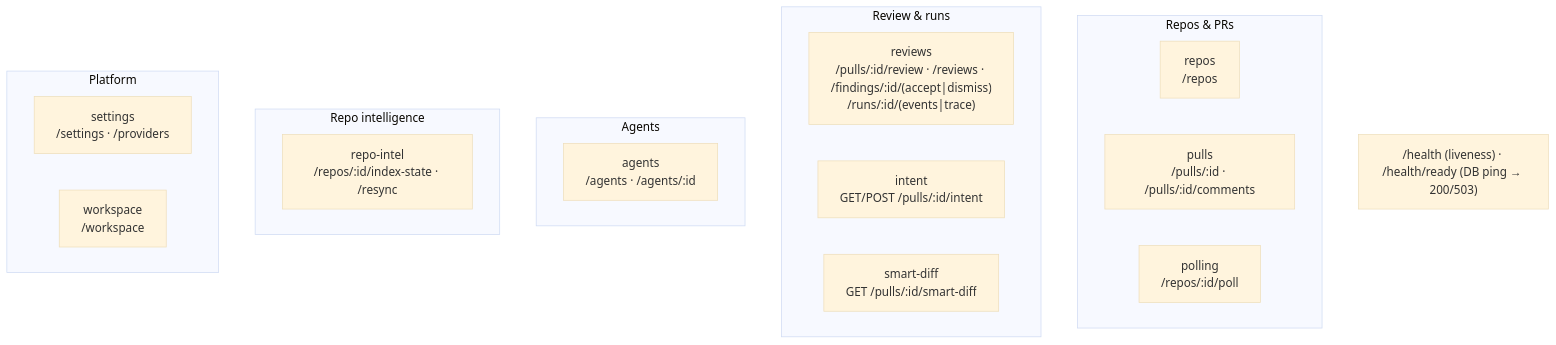
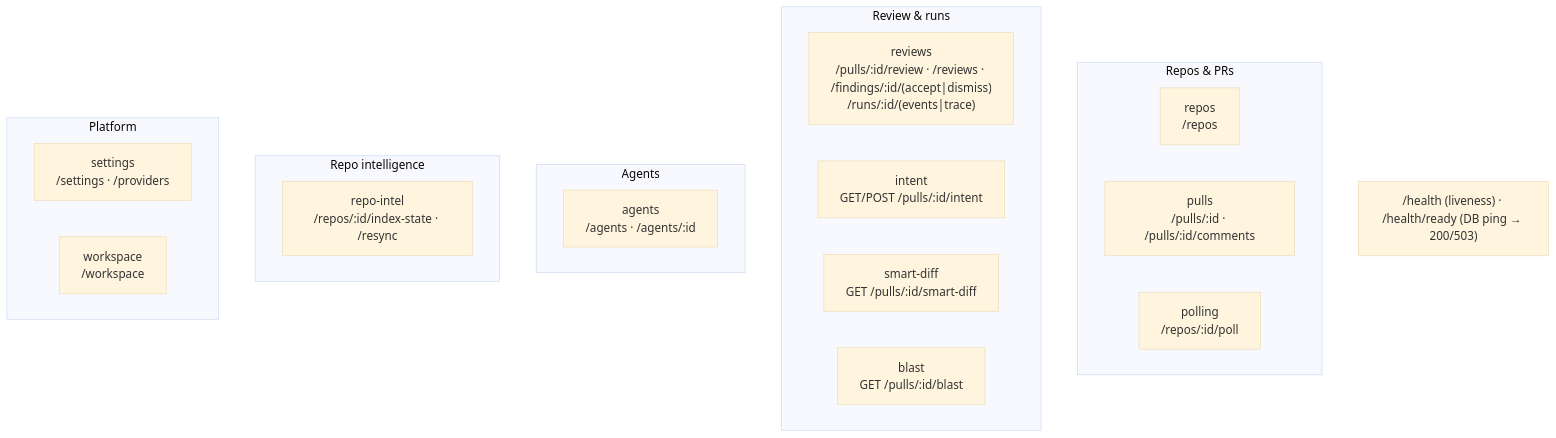
Before and after one commit to tetiana-taranushchenko/dev-digest: the second of 2 diagrams in server/README.md, drawn with Mermaid (base theme). The commit also changed other lines of this file and 71 other files, not shown here.

````diff
--- a/server/README.md
+++ b/server/README.md
@@ -64,24 +61,25 @@
 ```mermaid
 flowchart TB
   subgraph Repos_PRs["Repos & PRs"]
     repos["repos<br/>/repos"]
     pulls["pulls<br/>/pulls/:id · /pulls/:id/comments"]
     polling["polling<br/>/repos/:id/poll"]
   end
   subgraph Review["Review & runs"]
     reviews["reviews<br/>/pulls/:id/review · /reviews · /findings/:id/(accept|dismiss)<br/>/runs/:id/(events|trace)"]
     intent["intent<br/>GET/POST /pulls/:id/intent"]
     smartDiff["smart-diff<br/>GET /pulls/:id/smart-diff"]
+    blast["blast<br/>GET /pulls/:id/blast"]
   end
   subgraph Agents["Agents"]
     agents["agents<br/>/agents · /agents/:id"]
   end
   subgraph Intel["Repo intelligence"]
     repoIntel["repo-intel<br/>/repos/:id/index-state · /resync"]
   end
   subgraph Platform["Platform"]
     settings["settings<br/>/settings · /providers"]
     workspace["workspace<br/>/workspace"]
   end
   HEALTH["/health (liveness) · /health/ready (DB ping → 200/503)"]
 ```
````
